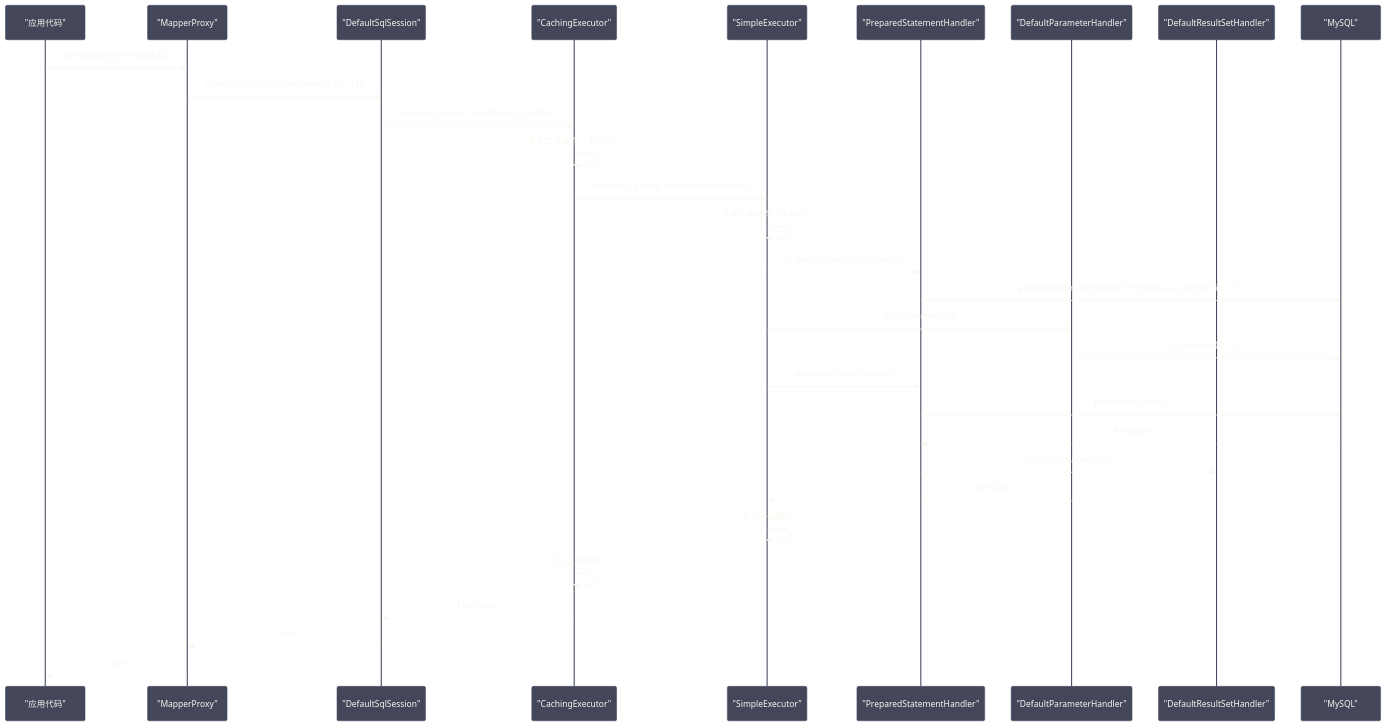
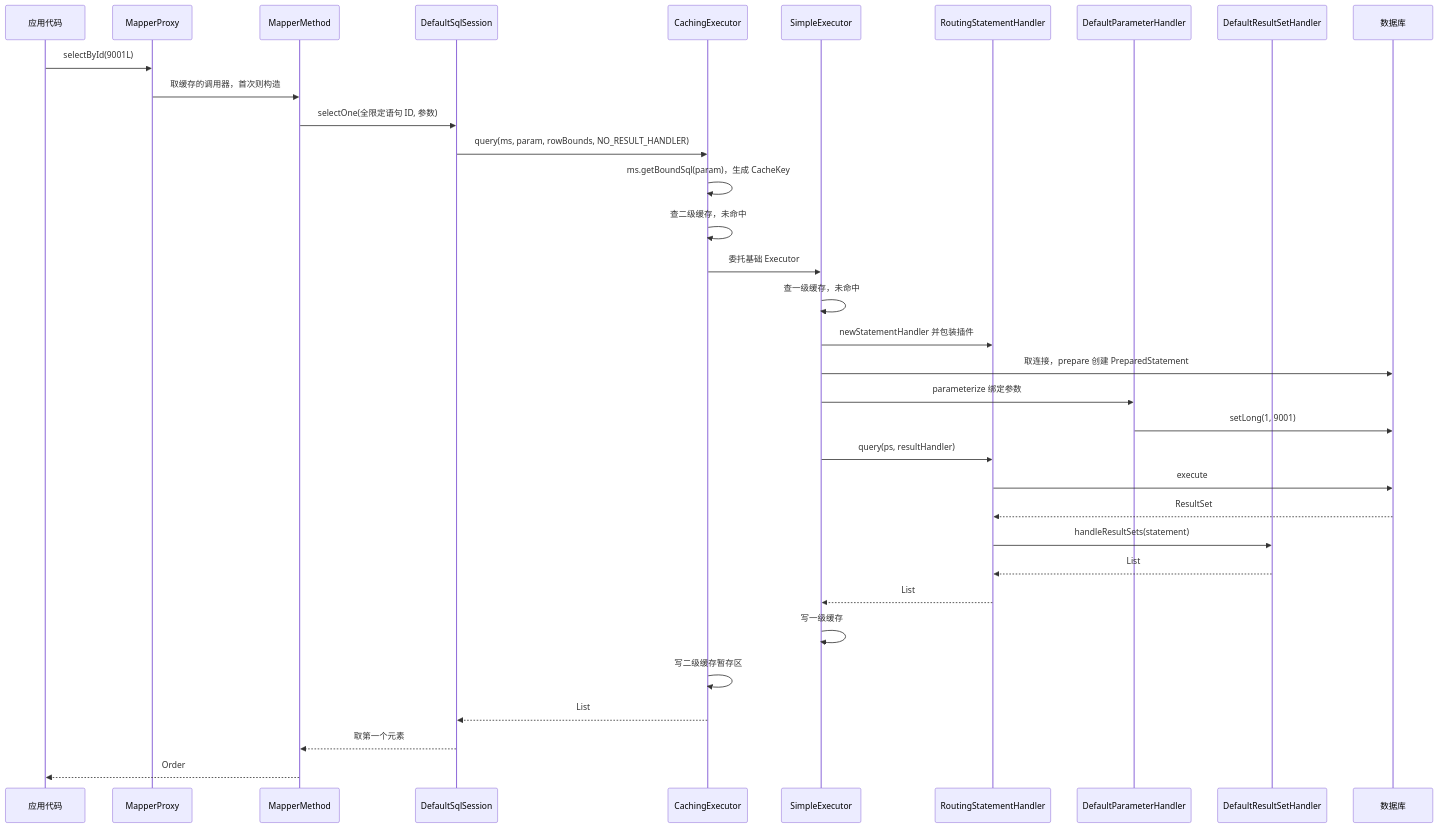
One commit to hpliStartAgain/my-brain changed the fourth of 5 diagrams in content/Java/Mybatis/01 Mybatis全局架构——从SQL到结果映射的完整链路.md. Above: the diagram before and after it, drawn with Mermaid. The commit also changed other lines of this file and 455 other files, not shown here.

````diff
--- a/content/Java/Mybatis/01 Mybatis全局架构——从SQL到结果映射的完整链路.md
+++ b/content/Java/Mybatis/01 Mybatis全局架构——从SQL到结果映射的完整链路.md
@@ -299,34 +479,38 @@
 ```mermaid
-%%{init: {'theme': 'base', 'themeVariables': {'primaryColor': '#6272a4', 'primaryTextColor': '#f8f8f2', 'primaryBorderColor': '#44475a', 'lineColor': '#bd93f9', 'secondaryColor': '#44475a', 'tertiaryColor': '#282a36', 'background': '#282a36', 'mainBkg': '#44475a', 'nodeBorder': '#6272a4', 'clusterBkg': '#282a36', 'titleColor': '#f8f8f2', 'edgeLabelBackground': '#44475a', 'fontFamily': 'monospace'}}}%%
+%%{init: {'theme': 'dracula'}}%%
 sequenceDiagram
-    participant App as "应用代码"
-    participant MP as "MapperProxy"
-    participant SS as "DefaultSqlSession"
-    participant CE as "CachingExecutor"
-    participant SE as "SimpleExecutor"
-    participant SH as "PreparedStatementHandler"
-    participant PH as "DefaultParameterHandler"
-    participant RS as "DefaultResultSetHandler"
-    participant DB as "MySQL"
+    participant App as 应用代码
+    participant MP as MapperProxy
+    participant MM as MapperMethod
+    participant SS as DefaultSqlSession
+    participant CE as CachingExecutor
+    participant SE as SimpleExecutor
+    participant SH as RoutingStatementHandler
+    participant PH as DefaultParameterHandler
+    participant RH as DefaultResultSetHandler
+    participant DB as 数据库
 
-    App->>MP: userMapper.selectById(1L)
-    MP->>SS: selectOne("UserMapper.selectById", 1L)
-    SS->>CE: query(ms, param, rowBounds, handler)
-    CE->>CE: 查询二级缓存（未命中）
-    CE->>SE: query(ms, param, rowBounds, handler)
-    SE->>SE: 查询一级缓存（未命中）
-    SE->>SH: prepare(connection, timeout)
-    SH->>DB: prepareStatement("SELECT * FROM users WHERE id = ?")
-    SE->>PH: setParameters(ps)
-    PH->>DB: ps.setLong(1, 1L)
+    App->>MP: selectById(9001L)
+    MP->>MM: 取缓存的调用器，首次则构造
+    MM->>SS: selectOne(全限定语句 ID, 参数)
+    SS->>CE: query(ms, param, rowBounds, NO_RESULT_HANDLER)
+    CE->>CE: ms.getBoundSql(param)，生成 CacheKey
+    CE->>CE: 查二级缓存，未命中
+    CE->>SE: 委托基础 Executor
+    SE->>SE: 查一级缓存，未命中
+    SE->>SH: newStatementHandler 并包装插件
+    SE->>DB: 取连接，prepare 创建 PreparedStatement
+    SE->>PH: parameterize 绑定参数
+    PH->>DB: setLong(1, 9001)
     SE->>SH: query(ps, resultHandler)
-    SH->>DB: ps.executeQuery()
+    SH->>DB: execute
     DB-->>SH: ResultSet
-    SH->>RS: handleResultSets(ps)
-    RS-->>SE: List<User>
-    SE->>SE: 写入一级缓存
-    CE->>CE: 写入二级缓存
-    CE-->>SS: List<User>
-    SS-->>MP: User
-    MP-->>App: User
+    SH->>RH: handleResultSets(statement)
+    RH-->>SH: List
+    SH-->>SE: List
+    SE->>SE: 写一级缓存
+    CE->>CE: 写二级缓存暂存区
+    CE-->>SS: List
+    SS-->>MM: 取第一个元素
+    MM-->>App: Order
 ```
````
